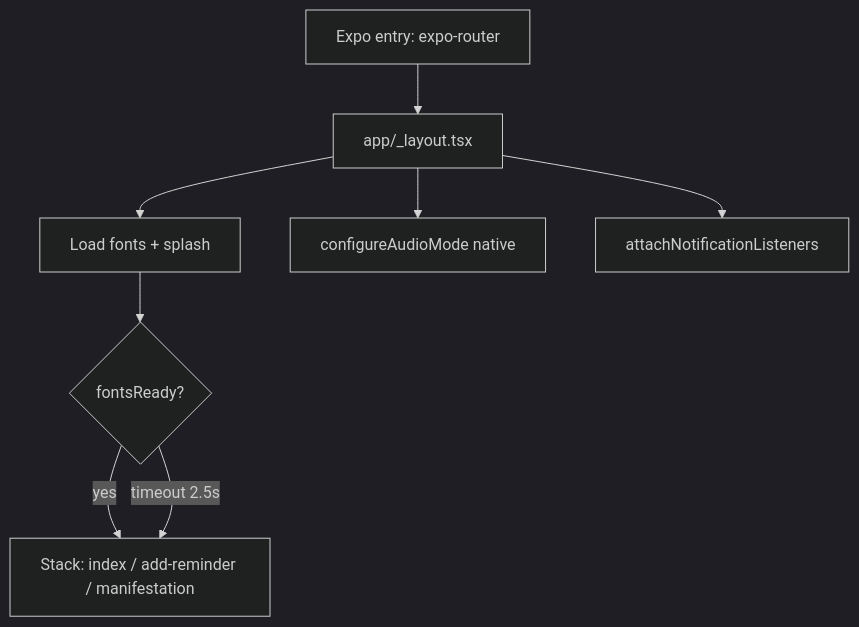
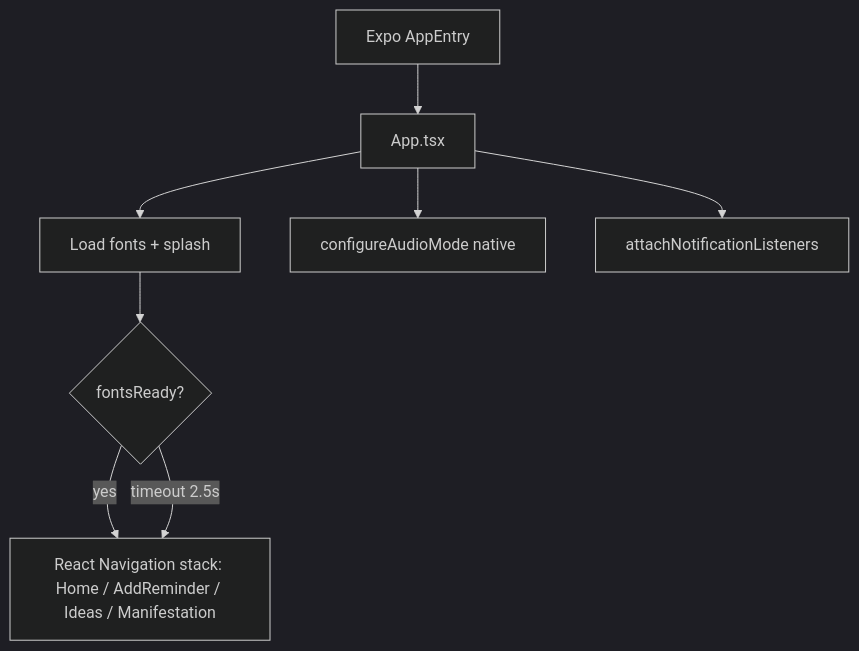
The first of 11 diagrams in docs/FLOWS.md (tvw-programming/Everly), drawn with Mermaid (dark theme) before and after one commit. The commit also changed 17 other files, not shown here.

````diff
--- a/docs/FLOWS.md
+++ b/docs/FLOWS.md
@@ -9,10 +9,10 @@
 ```mermaid
 flowchart TD
-  A[Expo entry: expo-router] --> B[app/_layout.tsx]
+  A[Expo AppEntry] --> B[App.tsx]
   B --> C[Load fonts + splash]
   B --> D[configureAudioMode native]
   B --> E[attachNotificationListeners]
   C --> F{fontsReady?}
-  F -->|yes| G[Stack: index / add-reminder / manifestation]
+  F -->|yes| G[React Navigation stack: Home / AddReminder / Ideas / Manifestation]
   F -->|timeout 2.5s| G
 ```
````
